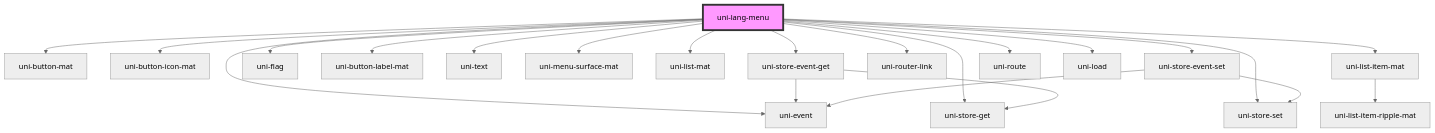
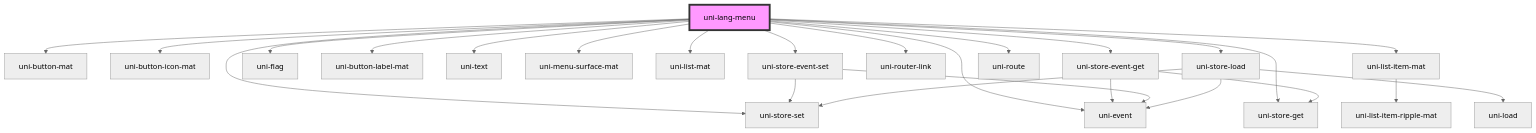
One commit to uiregex/uni-localize changed the diagram in src/lang-menu/components/@main/readme.md. Above: the diagram before and after it, drawn with Mermaid (neutral theme). The commit also changed other lines of this file and 5 other files, not shown here.

Commit message:
improve: lang menu

````diff
--- a/src/lang-menu/components/@main/readme.md
+++ b/src/lang-menu/components/@main/readme.md
@@ -47,25 +47,28 @@
 ```mermaid
 graph TD;
+  uni-lang-menu --> uni-store-set
   uni-lang-menu --> uni-button-mat
   uni-lang-menu --> uni-button-icon-mat
   uni-lang-menu --> uni-store-event-get
   uni-lang-menu --> uni-flag
   uni-lang-menu --> uni-button-label-mat
   uni-lang-menu --> uni-store-get
   uni-lang-menu --> uni-text
   uni-lang-menu --> uni-menu-surface-mat
   uni-lang-menu --> uni-list-mat
   uni-lang-menu --> uni-store-event-set
   uni-lang-menu --> uni-router-link
   uni-lang-menu --> uni-list-item-mat
   uni-lang-menu --> uni-route
   uni-lang-menu --> uni-event
-  uni-lang-menu --> uni-load
-  uni-lang-menu --> uni-store-set
+  uni-lang-menu --> uni-store-load
   uni-store-event-get --> uni-event
   uni-store-event-get --> uni-store-get
   uni-store-event-set --> uni-event
   uni-store-event-set --> uni-store-set
   uni-list-item-mat --> uni-list-item-ripple-mat
+  uni-store-load --> uni-event
+  uni-store-load --> uni-store-set
+  uni-store-load --> uni-load
   style uni-lang-menu fill:#f9f,stroke:#333,stroke-width:4px
 ```
````
